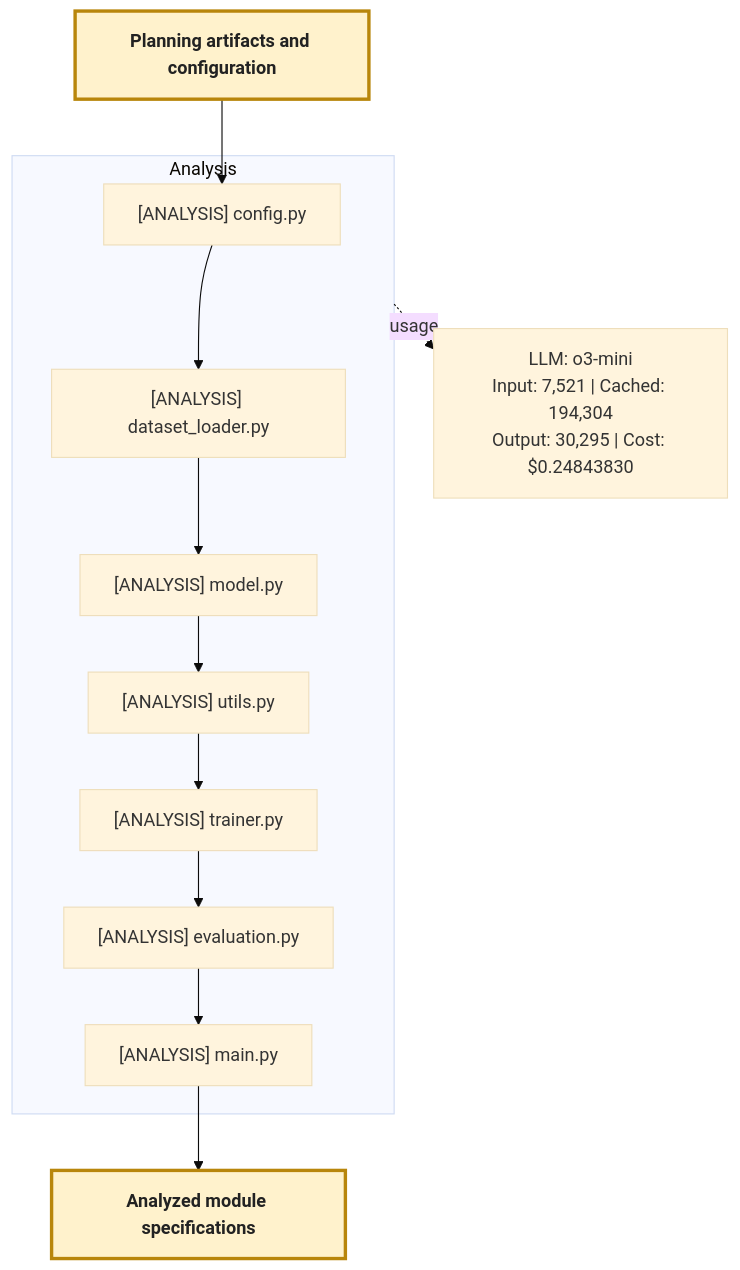
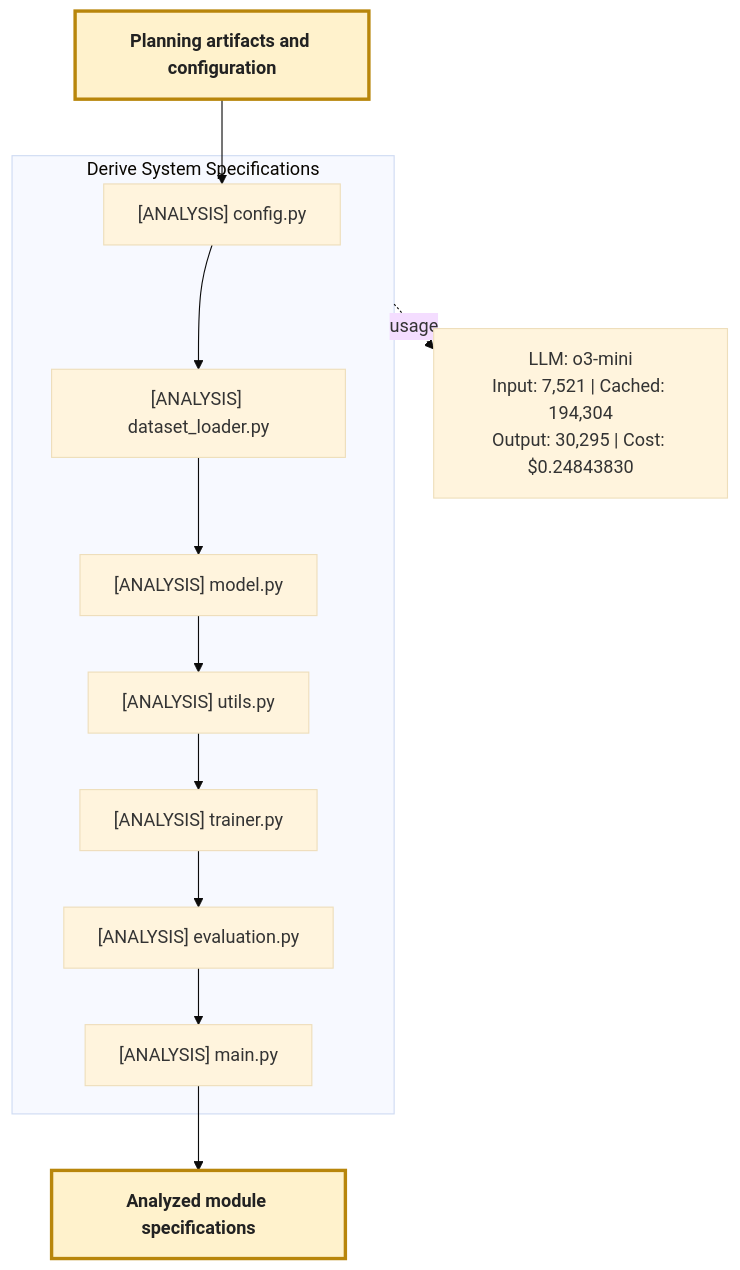
The third of 6 diagrams in README.md (jimthompson5802/paper2code-ple), drawn with Mermaid (base theme) before and after one commit. The commit also changed other lines of this file, not shown here.

Commit message:
Refactor flowchart labels in README.md for improved clarity and accuracy

````diff
--- a/README.md
+++ b/README.md
@@ -113,17 +113,17 @@
 ```mermaid
 flowchart TB
   input[Planning artifacts and configuration]
-  subgraph analysis["Analysis"]
+  subgraph analysis["Derive System Specifications"]
     cfg["[ANALYSIS] config.py"] --> loader["[ANALYSIS] dataset_loader.py"] --> model["[ANALYSIS] model.py"] --> utils["[ANALYSIS] utils.py"]
     trainer["[ANALYSIS] trainer.py"] --> evaluation["[ANALYSIS] evaluation.py"] --> main["[ANALYSIS] main.py"]
     utils --> trainer
   end
   output[Analyzed module specifications]
 
   input --> cfg
   main --> output
   classDef transition fill:#fff2cc,stroke:#b8860b,stroke-width:3px,color:#222,font-weight:bold
   class input,output transition
   analysis_usage["LLM: o3-mini<br/>Input: 7,521 | Cached: 194,304<br/>Output: 30,295 | Cost: $0.24843830"]
   analysis -. usage .-> analysis_usage
 ```
````
